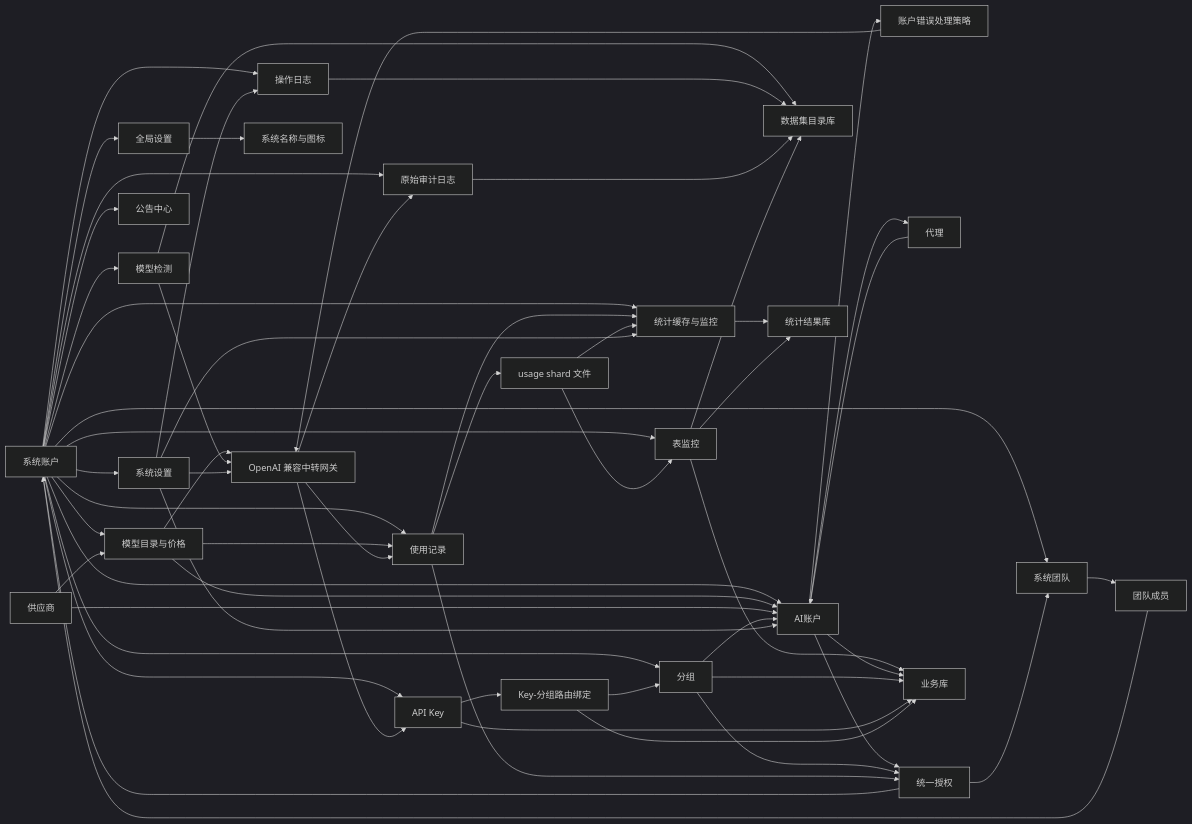
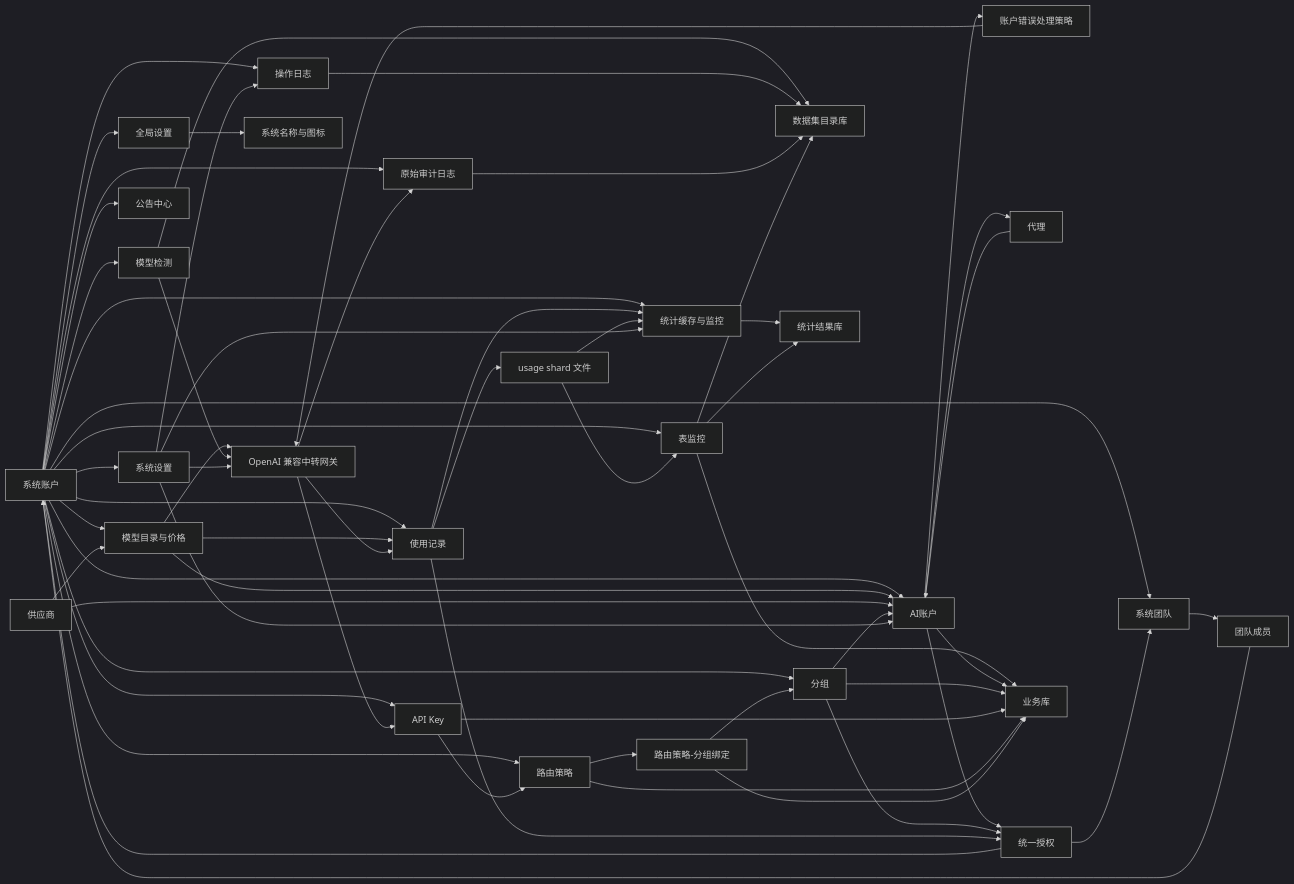
The diagram in docs/architecture/架构总览.md (huanmin123/juhe-ai), drawn with Mermaid (dark theme) before and after one commit. The commit also changed other lines of this file and 217 other files, not shown here.

````diff
--- a/docs/architecture/架构总览.md
+++ b/docs/architecture/架构总览.md
@@ -104,61 +104,64 @@
 ```mermaid
 flowchart LR
   SystemAccount["系统账户"] --> GlobalSettings["全局设置"]
   SystemAccount --> SystemSettings["系统设置"]
   SystemAccount --> SystemTeam["系统团队"]
   SystemTeam --> TeamMember["团队成员"]
   TeamMember --> SystemAccount
   SystemAccount --> AIAccount["AI账户"]
   SystemAccount --> Group["分组"]
   SystemAccount --> APIKey["API Key"]
+  SystemAccount --> RouteStrategy["路由策略"]
   SystemAccount --> ModelCheck["模型检测"]
   SystemAccount --> Usage["使用记录"]
   SystemAccount --> OperationLog["操作日志"]
   SystemAccount --> AuditLog["原始审计日志"]
   SystemAccount --> Stats["统计缓存与监控"]
   SystemAccount --> TableMonitor["表监控"]
   SystemAccount --> Announcement["公告中心"]
   SystemAccount --> ModelCatalog["模型目录与价格"]
   AIAccount --> AccountErrorPolicy["账户错误处理策略"]
   AccountErrorPolicy --> Gateway
   GlobalSettings --> AppBrand["系统名称与图标"]
   Provider["供应商"] --> ModelCatalog
   ModelCatalog --> AIAccount
   ModelCatalog --> Gateway
   ModelCatalog --> Usage
   Provider["供应商"] --> AIAccount
   Proxy["代理"] --> AIAccount
   AIAccount --> Proxy
   AIAccount --> ResourceAuthorization["统一授权"]
   Group --> ResourceAuthorization
   ResourceAuthorization --> SystemAccount
   ResourceAuthorization --> SystemTeam
   Group --> AIAccount
-  APIKey --> APIKeyGroupBinding["Key-分组路由绑定"]
-  APIKeyGroupBinding --> Group
+  APIKey --> RouteStrategy
+  RouteStrategy --> RouteStrategyGroupBinding["路由策略-分组绑定"]
+  RouteStrategyGroupBinding --> Group
   ModelCheck --> Gateway
   ModelCheck --> DatasetStore
   Gateway["OpenAI 兼容中转网关"] --> APIKey
   Gateway --> Usage["使用记录"]
   Gateway --> AuditLog
   Usage --> ResourceAuthorization
   Usage --> Stats["统计缓存与监控"]
   Usage --> UsageShard["usage shard 文件"]
   UsageShard --> Stats
   UsageShard --> TableMonitor
   DatasetStore["数据集目录库"]
   OperationLog --> DatasetStore
   AuditLog --> DatasetStore
   Stats --> StatsStore["统计结果库"]
   TableMonitor --> StatsStore
   TableMonitor --> BusinessStore
   TableMonitor --> DatasetStore
   AIAccount --> BusinessStore["业务库"]
   Group --> BusinessStore
   APIKey --> BusinessStore
-  APIKeyGroupBinding --> BusinessStore
+  RouteStrategy --> BusinessStore
+  RouteStrategyGroupBinding --> BusinessStore
   SystemSettings --> Gateway
   SystemSettings --> OperationLog
   SystemSettings --> AIAccount
   SystemSettings --> Stats
 ```
````
